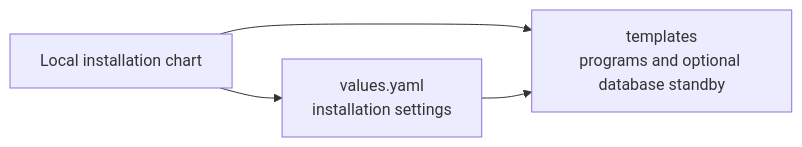
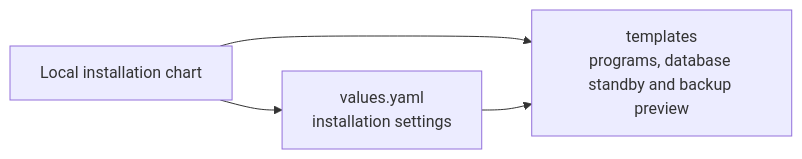
Before and after one commit to elewa-git/opencrane-new: the diagram in infra/package/chart/templates/README.md, drawn with Mermaid. The commit also changed other lines of this file and 12 other files, not shown here.

Commit message:
💾 Preview encrypted database backups while installation stays blocked

````diff
--- a/infra/package/chart/templates/README.md
+++ b/infra/package/chart/templates/README.md
@@ -40,6 +44,6 @@
 ```mermaid
 flowchart LR
-  chart["Local installation chart"] --> templates["templates<br/>programs and optional database standby"]
+  chart["Local installation chart"] --> templates["templates<br/>programs, database standby and backup preview"]
   chart --> values["values.yaml<br/>installation settings"]
   values --> templates
 ```
````
